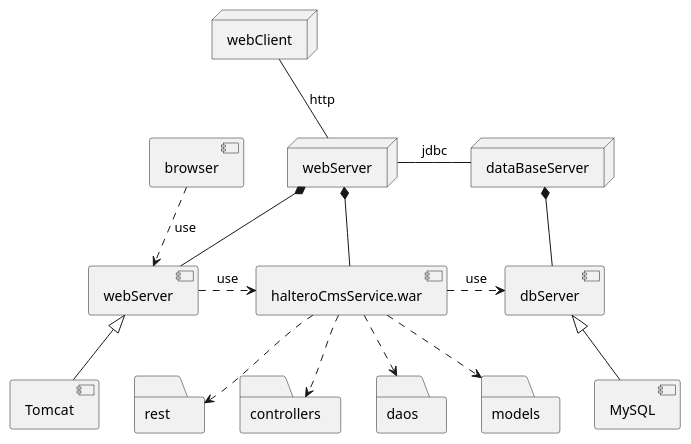
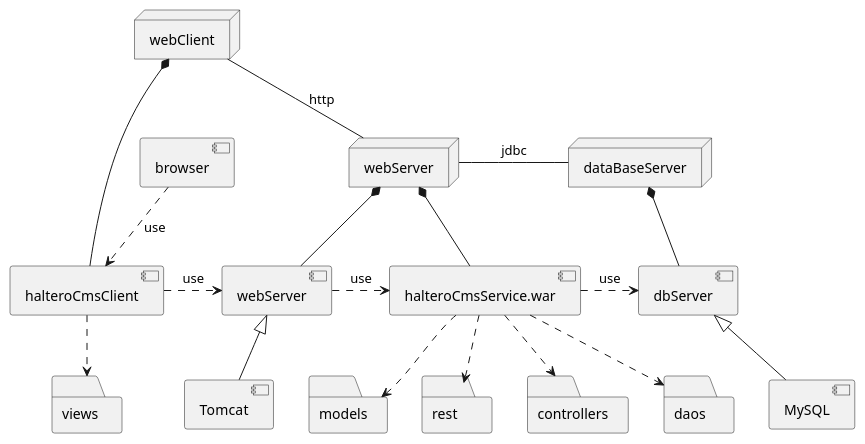
Before and after one commit to zuldare/mastercloud_pfm_halterocms: the diagram in documentation/diagrams/3_design/deployment.puml, drawn with PlantUML.

```diff
--- a/documentation/diagrams/3_design/deployment.puml
+++ b/documentation/diagrams/3_design/deployment.puml
@@ -1,37 +1,43 @@
 @startuml
 node webClient
 node webServer
 node dataBaseServer
 component browser
+component halteroCmsClient
 component "webServer" as webServerComponent
 component Tomcat
 component halteroCmsService.war
 component dbServer
 component MySQL
+
+folder views
 
 folder rest
 folder controllers
 folder daos
 folder models
 
 webClient -r- webServer : http
 webClient -[hidden]- browser
+webClient *-d- halteroCmsClient
 
 webServer -r- dataBaseServer : jdbc
 webServer *-- webServerComponent
 webServerComponent .r.> halteroCmsService.war : use
 webServerComponent <|-- Tomcat
 webServer *-- halteroCmsService.war
 
 dataBaseServer *-- dbServer
 dbServer <|-- MySQL
 
-browser ..> webServerComponent : use
+browser ..> halteroCmsClient : use
+halteroCmsClient .r.> webServerComponent : use
+halteroCmsClient ..> views
 halteroCmsService.war .r.> dbServer : use
 
 halteroCmsService.war ..> rest
 halteroCmsService.war ..> controllers
 halteroCmsService.war ..> daos
 halteroCmsService.war ..> models
 
 @enduml
```
